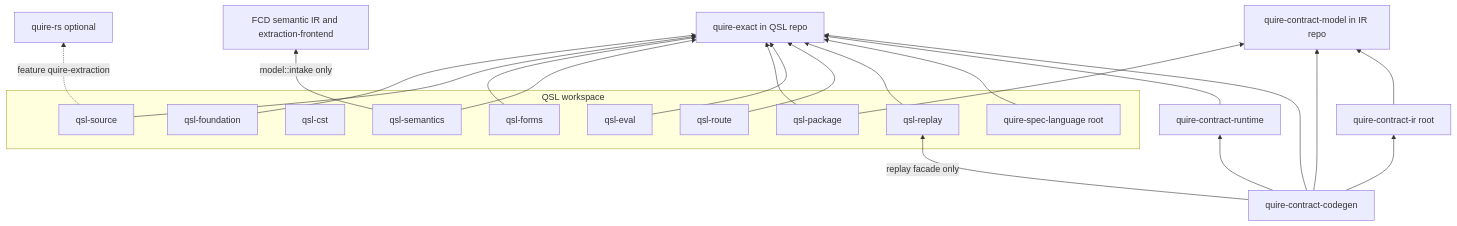
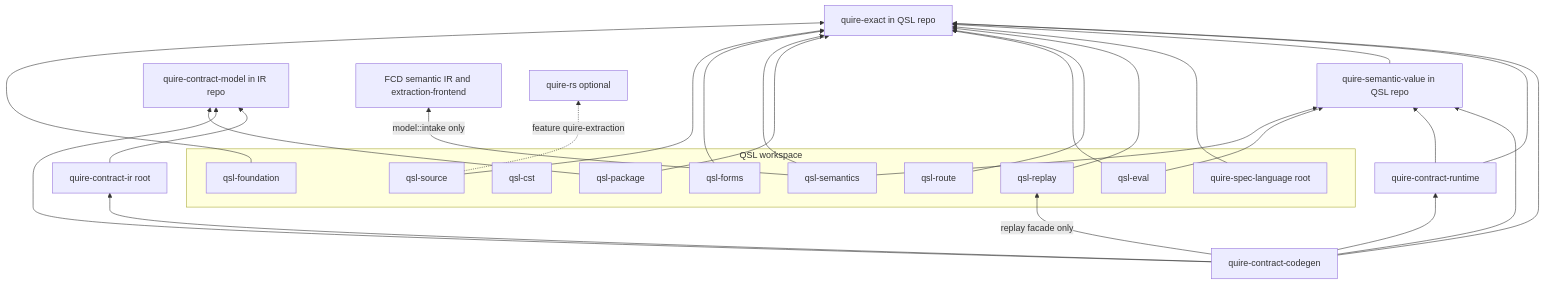
One commit to agent-ix/quire-spec-language changed the second of 2 diagrams in spec/decisions/ADR-011-stage-dag-and-dependency-architecture.md. Above: the diagram before and after it, drawn with Mermaid. The commit also changed other lines of this file and 1 other file, not shown here.

Commit message:
QSL-358 slice 1: ADR-011 layer SV, FB-05 shared-leaf class, T-12 and T12-B carve-out design; no_std make target

````diff
--- a/spec/decisions/ADR-011-stage-dag-and-dependency-architecture.md
+++ b/spec/decisions/ADR-011-stage-dag-and-dependency-architecture.md
@@ -911,33 +941,38 @@
 ```mermaid
 flowchart BT
   QX[quire-exact in QSL repo]
+  SV[quire-semantic-value in QSL repo]
   subgraph QSLW[QSL workspace]
     QSL[quire-spec-language root]
     QFO[qsl-foundation]
     QCS[qsl-cst]
     QSO[qsl-source]
     QFM[qsl-forms]
     QSE[qsl-semantics]
     QPK[qsl-package]
     QEV[qsl-eval]
     QRO[qsl-route]
     QRP[qsl-replay]
   end
   CM[quire-contract-model in IR repo]
   IR[quire-contract-ir root]
   RT[quire-contract-runtime]
   CG[quire-contract-codegen]
   FCD[FCD semantic IR and extraction-frontend]
   QRS[quire-rs optional]
   QFO & QSO & QFM & QSE & QPK & QEV & QRO & QRP & QSL --> QX
+  QSE & QEV --> SV
+  SV --> QX
   QPK --> CM
   QSE -->|model::intake only| FCD
   QSO -.->|feature quire-extraction| QRS
   RT --> QX
+  RT --> SV
   CG --> QX
+  CG --> SV
   CG --> CM
   CG --> IR
   CG --> RT
   CG -->|replay facade only| QRP
   IR --> CM
 ```
````
